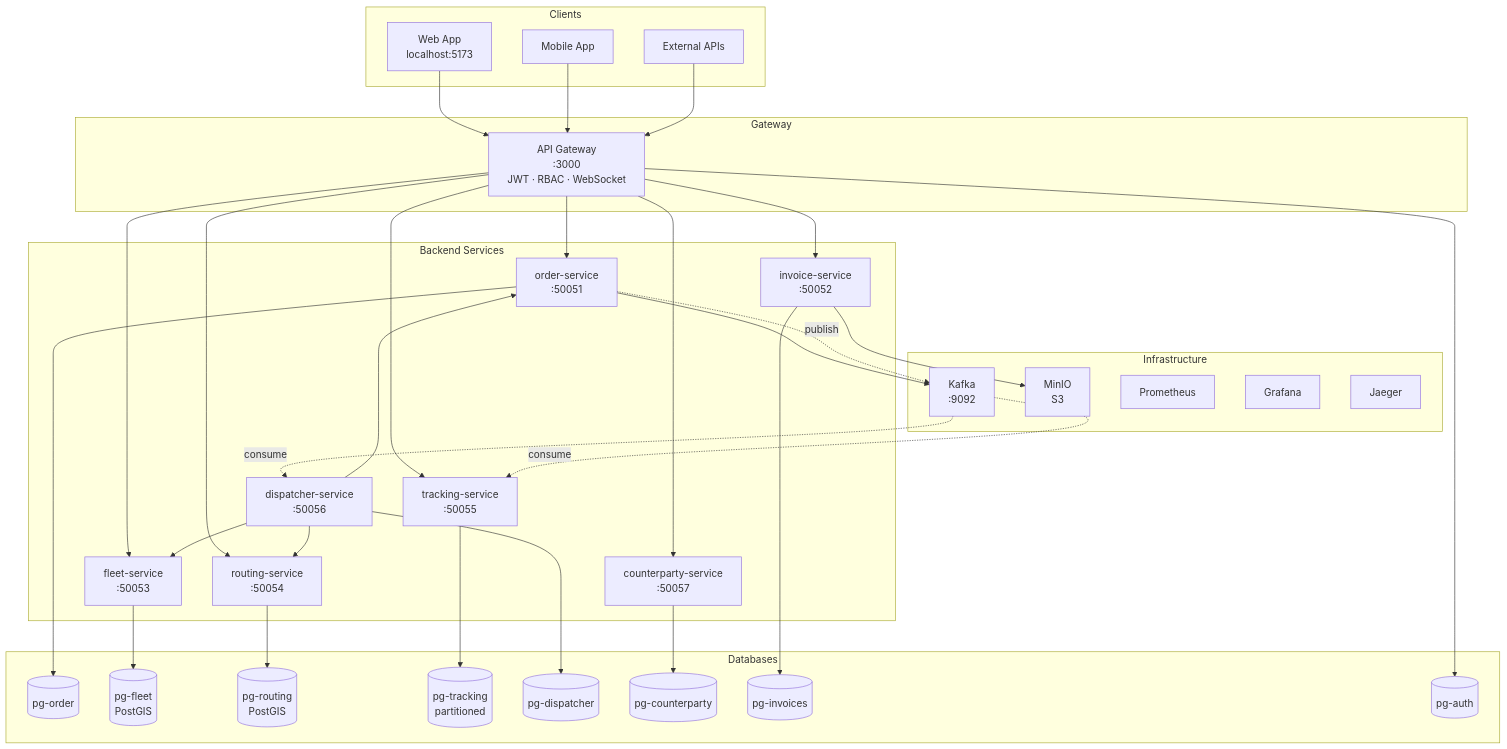
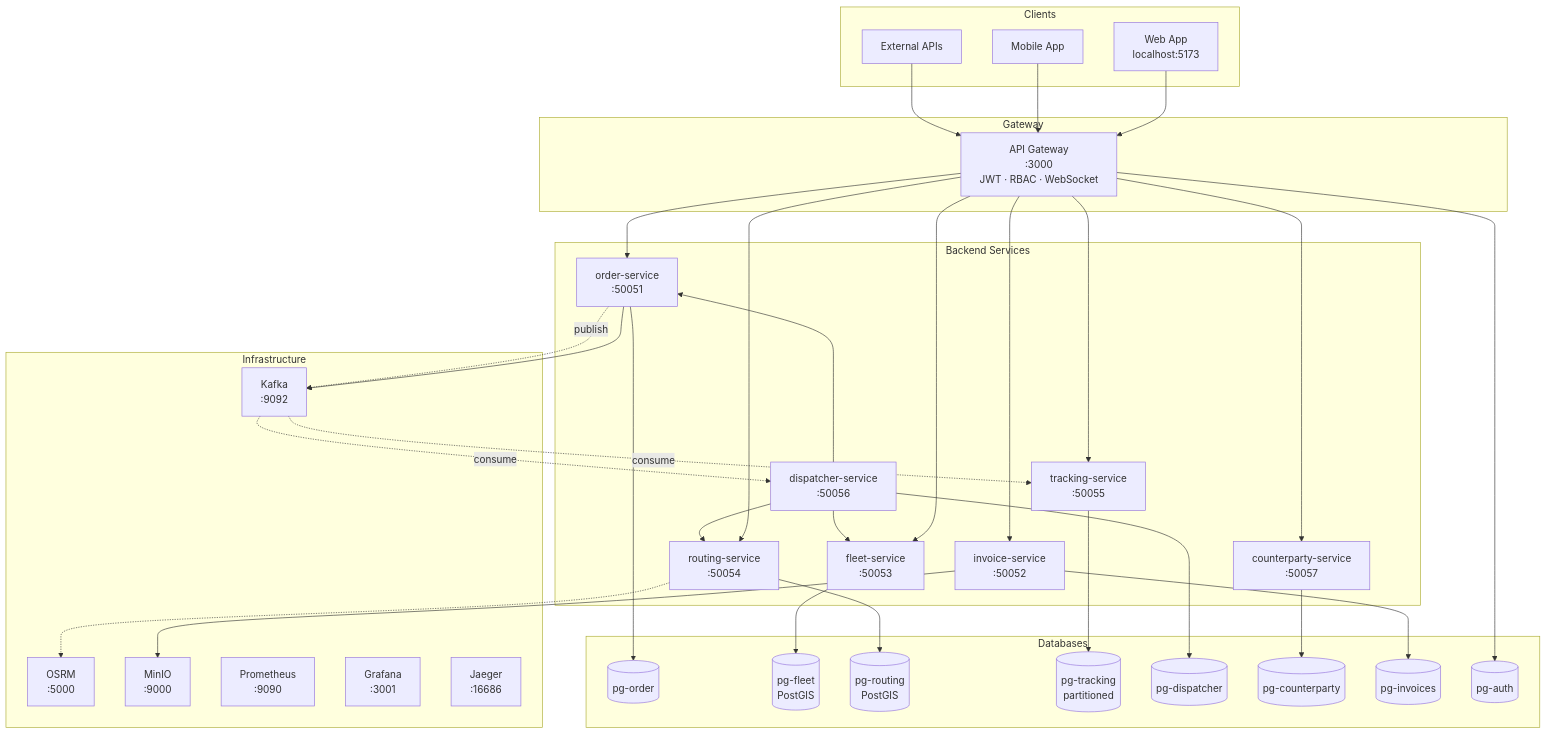
The diagram in README.md (ignavan39/logistics-optimizer), drawn with Mermaid before and after one commit. The commit also changed other lines of this file and 5 other files, not shown here.

````diff
--- a/README.md
+++ b/README.md
@@ -40,71 +51,73 @@
 ```mermaid
 flowchart TB
     subgraph Clients
         Web[Web App<br/>localhost:5173]
         Mobile[Mobile App]
         External[External APIs]
     end
 
     subgraph Gateway
         API[API Gateway<br/>:3000<br/>JWT · RBAC · WebSocket]
     end
 
     subgraph "Backend Services"
         Order[order-service<br/>:50051]
         Fleet[fleet-service<br/>:50053]
         Routing[routing-service<br/>:50054]
         Tracking[tracking-service<br/>:50055]
         Dispatcher[dispatcher-service<br/>:50056]
         Counterparty[counterparty-service<br/>:50057]
         Invoice[invoice-service<br/>:50052]
     end
 
     subgraph "Databases"
         PG1[(pg-order)]
         PG2[(pg-fleet<br/>PostGIS)]
         PG3[(pg-routing<br/>PostGIS)]
         PG4[(pg-tracking<br/>partitioned)]
         PG5[(pg-dispatcher)]
         PG6[(pg-counterparty)]
         PG7[(pg-invoices)]
         PGA[(pg-auth)]
     end
 
     subgraph Infrastructure
         Kafka[Kafka<br/>:9092]
-        MinIO[MinIO<br/>S3]
-        Prometheus[Prometheus]
-        Grafana[Grafana]
-        Jaeger[Jaeger]
+        OSRM[OSRM<br/>:5000]
+        MinIO[MinIO<br/>:9000]
+        Prometheus[Prometheus<br/>:9090]
+        Grafana[Grafana<br/>:3001]
+        Jaeger[Jaeger<br/>:16686]
     end
 
     Web --> API
     Mobile --> API
     External --> API
 
     API --> Order
     API --> Fleet
     API --> Routing
     API --> Tracking
     API --> Counterparty
     API --> Invoice
 
     Dispatcher --> Order
     Dispatcher --> Fleet
     Dispatcher --> Routing
 
     Order --> PG1
     Order --> Kafka
     Fleet --> PG2
     Routing --> PG3
+    Routing -.-> OSRM
     Tracking --> PG4
     Dispatcher --> PG5
     Counterparty --> PG6
     Invoice --> PG7
     Invoice --> MinIO
     API --> PGA
 
     Order -.publish.-> Kafka
     Kafka -.consume.-> Dispatcher
     Kafka -.consume.-> Tracking
 ```
````
